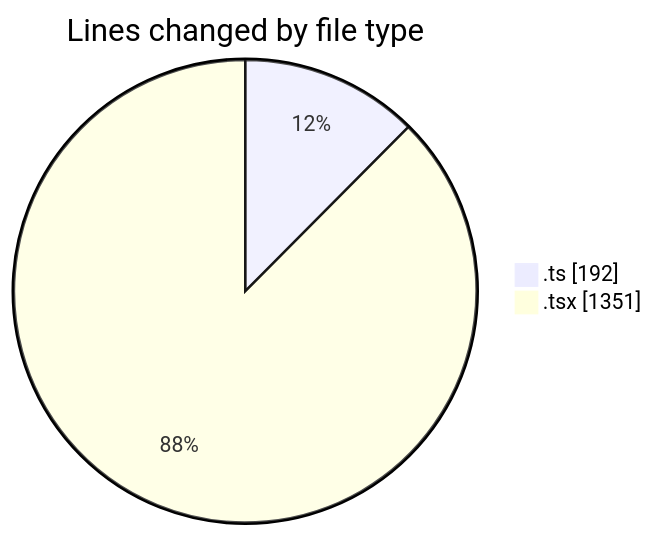
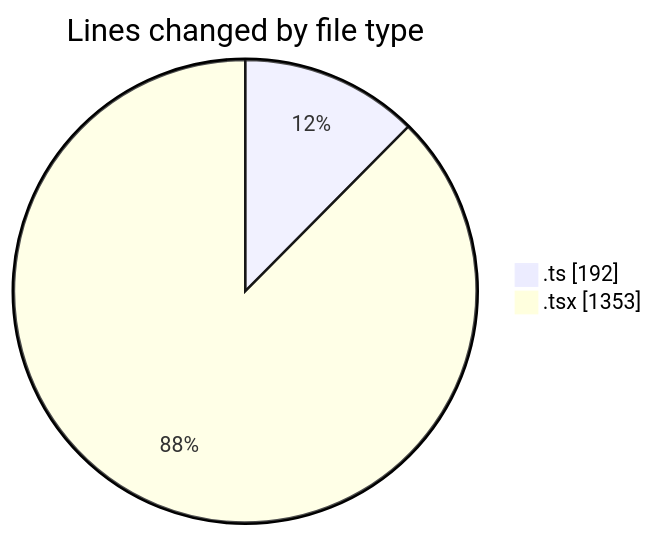
One commit to momahboobian/code-tracking changed the first of 2 diagrams in 2025-07-04/cda/README.md. Above: the diagram before and after it, drawn with Mermaid. The commit also changed other lines of this file and 1 other file, not shown here.

````diff
--- a/2025-07-04/cda/README.md
+++ b/2025-07-04/cda/README.md
@@ -24,6 +24,6 @@
 ```mermaid
 pie showData
 title Lines changed by file type
 ".ts" : 192
-".tsx" : 1351
+".tsx" : 1353
 ```
````
